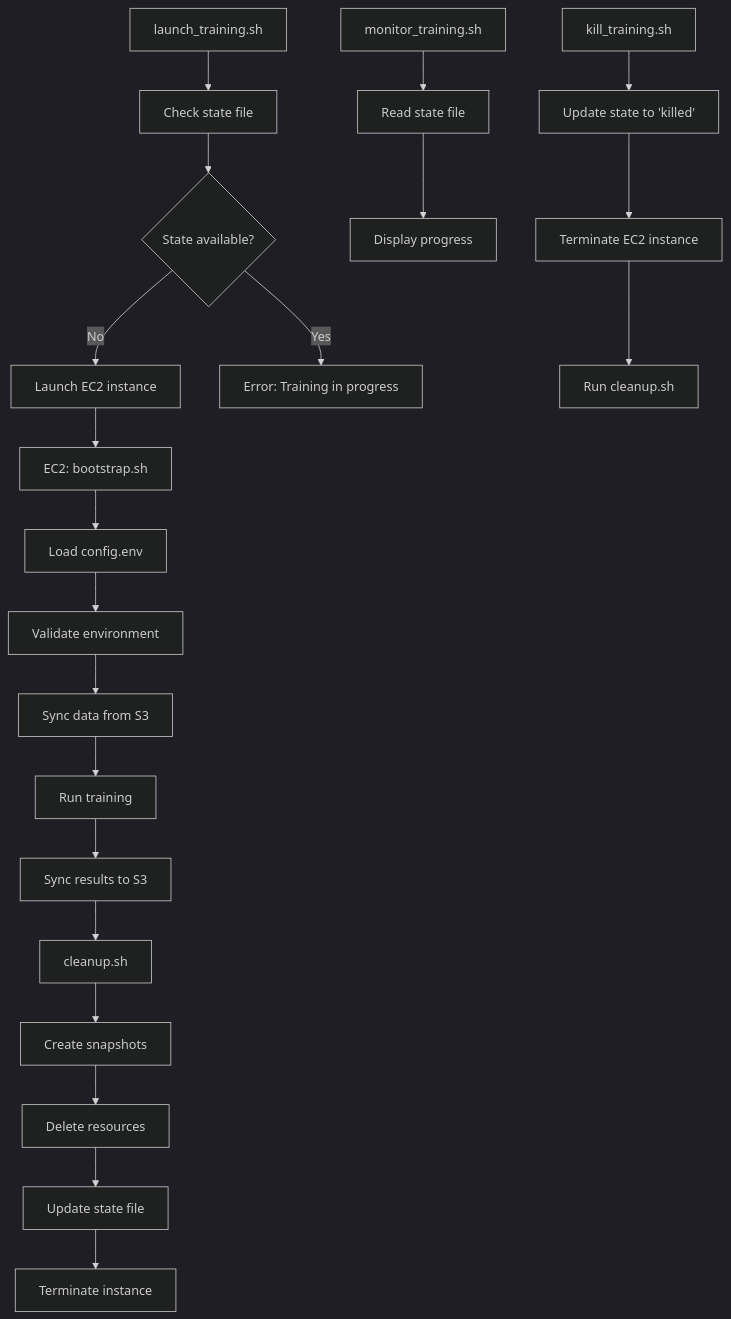
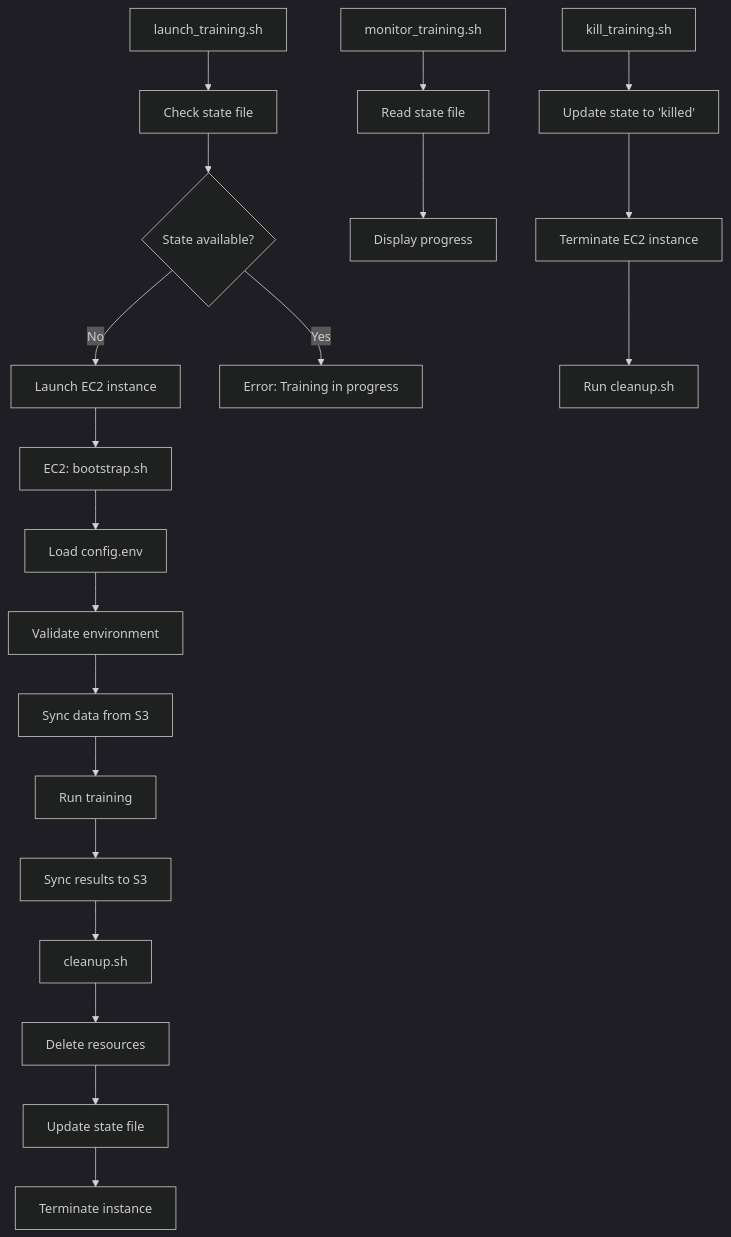
Before and after one commit to wacky-klingon/chronos-foundry: the second of 10 diagrams in docs/architecture/training-orchestration.md, drawn with Mermaid (dark theme). The commit also changed other lines of this file and 26 other files, not shown here.

````diff
--- a/docs/architecture/training-orchestration.md
+++ b/docs/architecture/training-orchestration.md
@@ -71,25 +61,24 @@
 ```mermaid
 flowchart TD
     A[launch_training.sh] --> B[Check state file]
     B --> C{State available?}
     C -->|No| D[Launch EC2 instance]
     C -->|Yes| E[Error: Training in progress]
     D --> F[EC2: bootstrap.sh]
     F --> G[Load config.env]
     G --> H[Validate environment]
     H --> I[Sync data from S3]
     I --> J[Run training]
     J --> K[Sync results to S3]
     K --> L[cleanup.sh]
-    L --> M[Create snapshots]
-    M --> N[Delete resources]
-    N --> O[Update state file]
-    O --> P[Terminate instance]
+    L --> M[Delete resources]
+    M --> N[Update state file]
+    N --> O[Terminate instance]
 
     Q[monitor_training.sh] --> R[Read state file]
     R --> S[Display progress]
 
     T[kill_training.sh] --> U[Update state to 'killed']
     U --> V[Terminate EC2 instance]
     V --> W[Run cleanup.sh]
 ```
````
